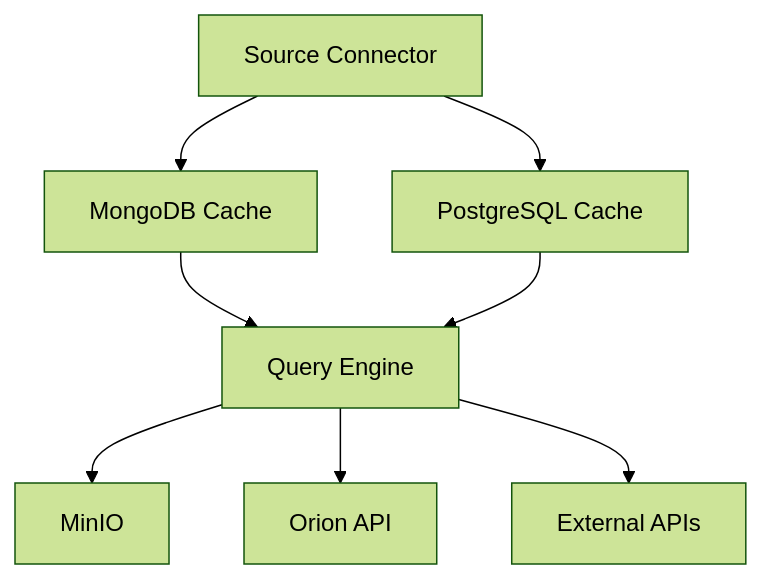
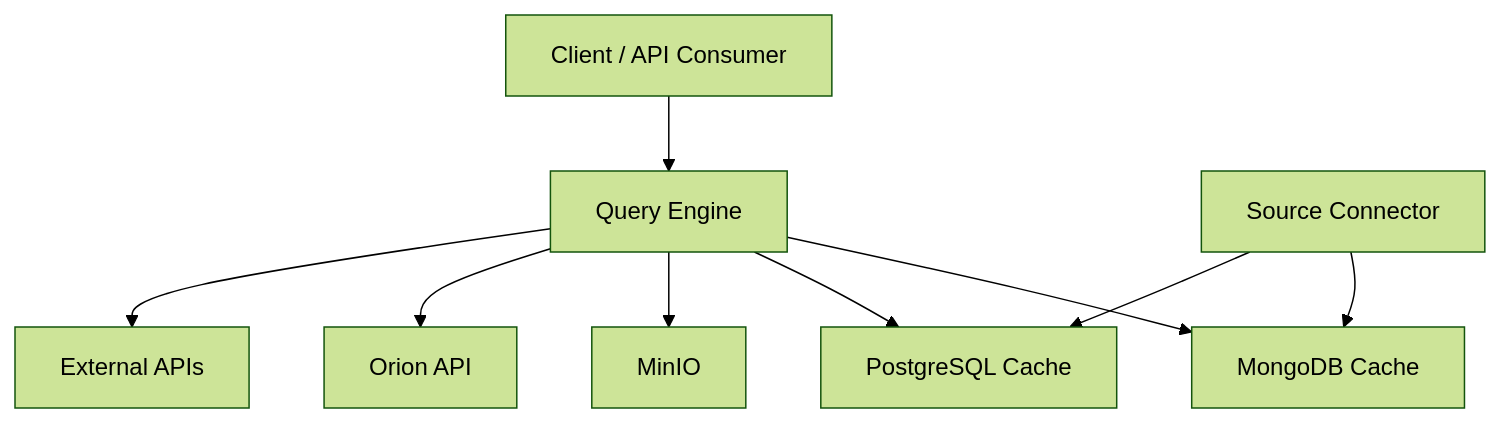
Before and after one commit to OPSILab/query-engine-suite: the diagram in architecture.md, drawn with Mermaid (forest theme). The commit also changed 1 other file, not shown here.

Commit message:
github pages

````diff
--- a/architecture.md
+++ b/architecture.md
@@ -3,12 +3,19 @@
 ```mermaid
 graph TD
-  A[Source Connector] --> B[MongoDB Cache]
-  A --> C[PostgreSQL Cache]
 
-  B --> D[Query Engine]
-  C --> D[Query Engine]
+  %% Client layer
+  A[Client / API Consumer] --> D[Query Engine]
 
+  %% Orchestration layer
+  D --> B[MongoDB Cache]
+  D --> C[PostgreSQL Cache]
+
+  %% External orchestration targets
   D --> E[MinIO]
   D --> F[Orion API]
   D --> G[External APIs]
+
+  %% Optional ingestion flow (se esiste davvero push)
+  S[Source Connector] --> B
+  S --> C
 ```
````
